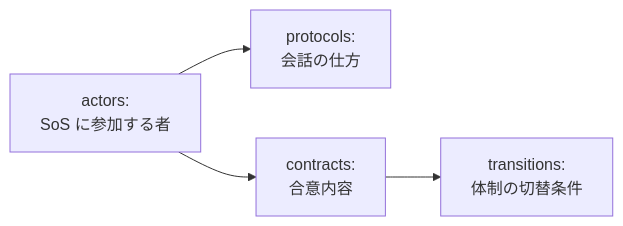
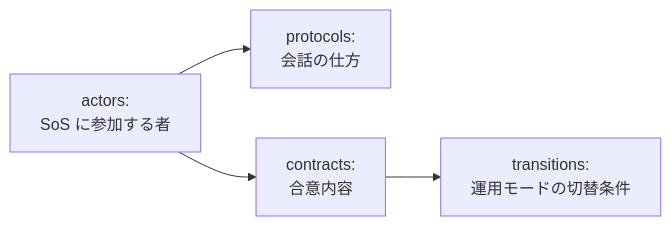
Before and after one commit to ertlnagoya/cadl-spec: the first of 2 diagrams in i18n/ja/docusaurus-plugin-content-docs/current/handson/exercises.md, drawn with Mermaid. The commit also changed other lines of this file and 14 other files, not shown here.

````diff
--- a/i18n/ja/docusaurus-plugin-content-docs/current/handson/exercises.md
+++ b/i18n/ja/docusaurus-plugin-content-docs/current/handson/exercises.md
@@ -86,10 +86,10 @@
 ```mermaid
 flowchart LR
   A[actors:<br/>SoS に参加する者]
   P[protocols:<br/>会話の仕方]
   C[contracts:<br/>合意内容]
-  T[transitions:<br/>体制の切替条件]
+  T[transitions:<br/>運用モードの切替条件]
   A --> C
   A --> P
   C --> T
 ```
````
